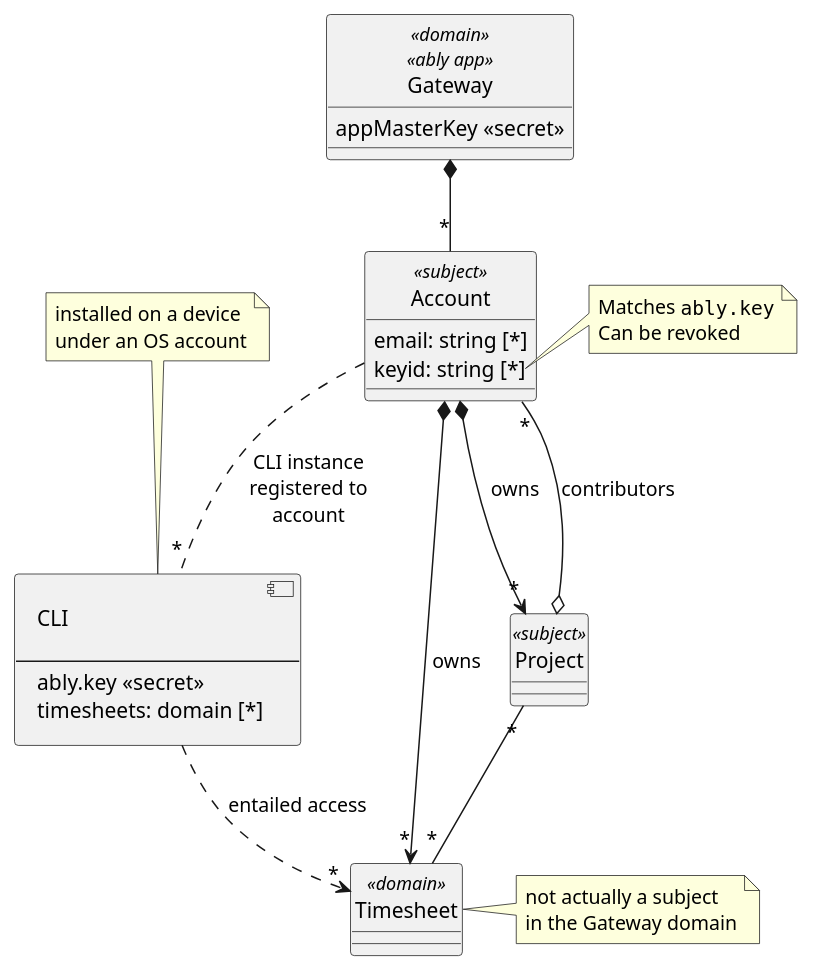
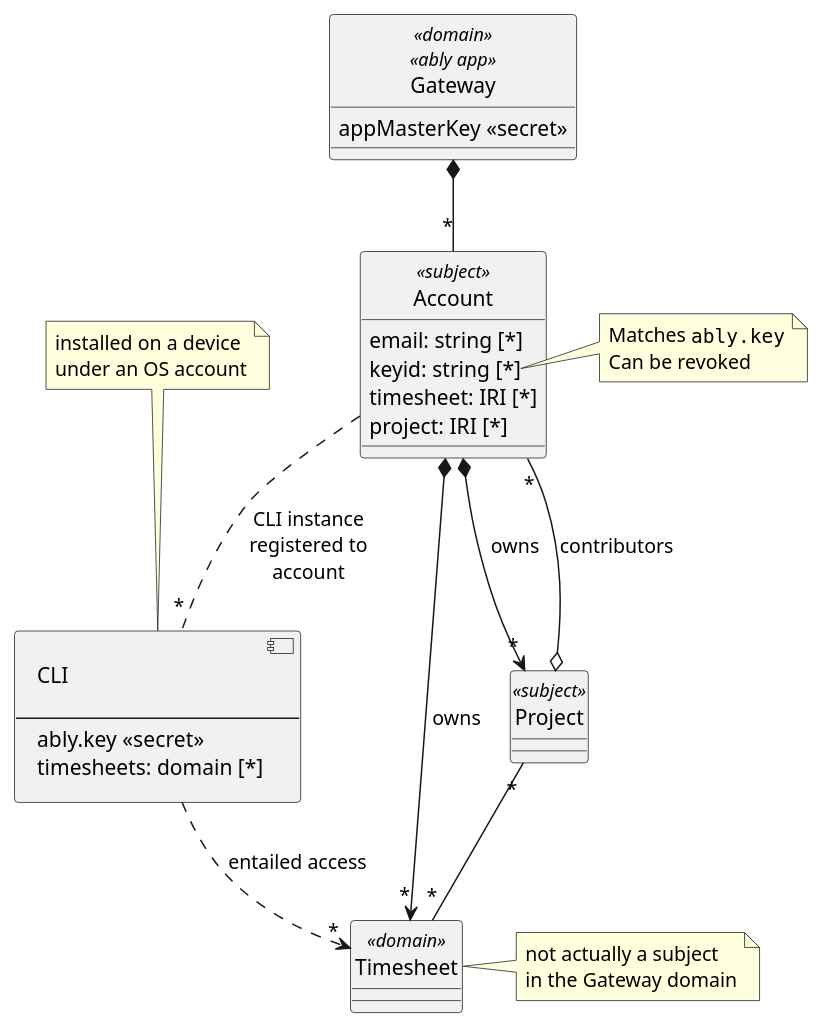
One commit to m-ld/timeld changed the diagram in architecture/security/accounts.class.puml. Above: the diagram before and after it, drawn with PlantUML. The commit also changed 21 other files, not shown here.

```diff
--- a/architecture/security/accounts.class.puml
+++ b/architecture/security/accounts.class.puml
@@ -1,56 +1,58 @@
 @startuml
 'https://plantuml.com/class-diagram
 
 hide circle
 allowmixing
 
 class Gateway <<domain>> <<ably app>> {
   appMasterKey <<secret>>
 }
 
 Gateway *-- "*" Account
 
 class Account <<subject>> {
   email: string [*]
   keyid: string [*]
+  timesheet: IRI [*]
+  project: IRI [*]
 }
 note right of Account::keyid
   Matches ""ably.key""
   Can be revoked
 end note
 
 Account *--> "*" Timesheet: owns
 
 Account *--> "*" Project: owns
 
 class Timesheet <<domain>> {
 }
 note right of Timesheet
   not actually a subject
   in the Gateway domain
 end note
 
 class Project <<subject>> {
 }
 
 Project o-- "*" Account: contributors
 
 Project "*" -- "*" Timesheet
 
 component CLI [
   CLI
 
   ---
   ably.key <<secret>>
   timesheets: domain [*]
 ]
 note top of CLI
   installed on a device
   under an OS account
 end note
 
 Account .. "*" CLI: CLI instance\nregistered to\naccount
 
 CLI ..> "*" Timesheet: entailed access
 
 @enduml
```
